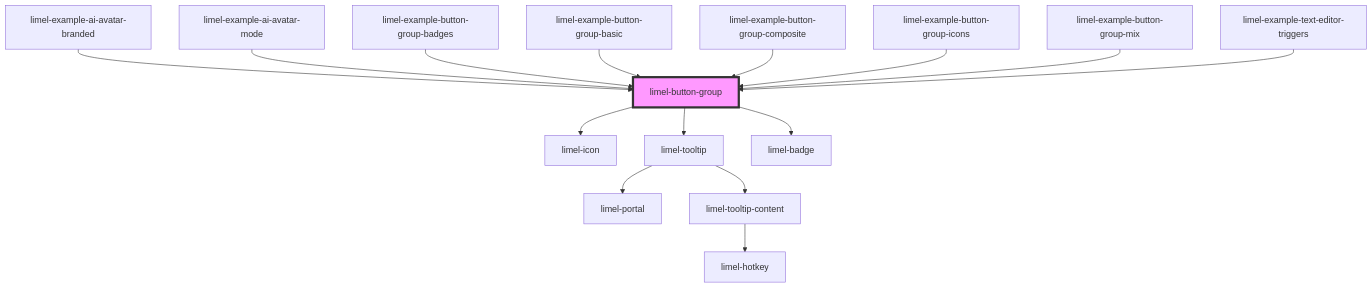
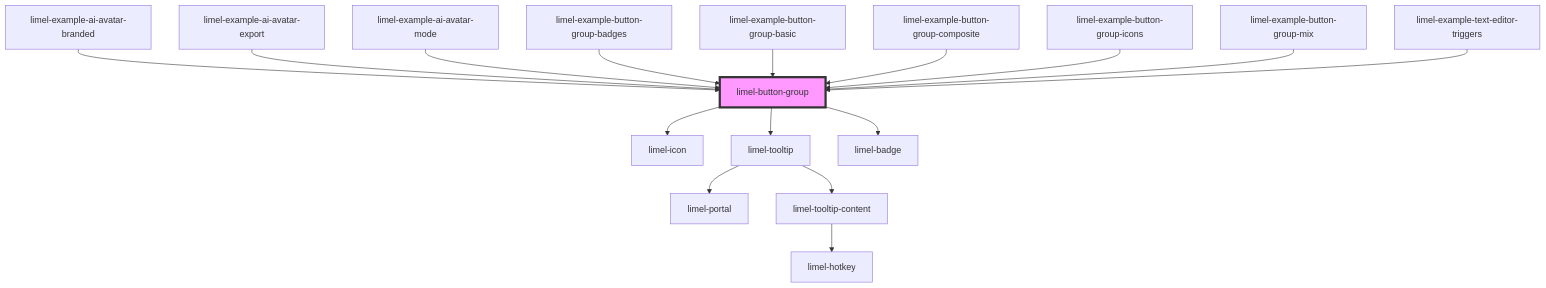
One commit to Lundalogik/lime-elements changed the diagram in versions/PR-4082/markdown-docs/components/button-group/readme.md. Above: the diagram before and after it, drawn with Mermaid. The commit also changed other lines of this file and 527 other files, not shown here.

````diff
--- a/versions/PR-4082/markdown-docs/components/button-group/readme.md
+++ b/versions/PR-4082/markdown-docs/components/button-group/readme.md
@@ -71,18 +72,19 @@
 ```mermaid
 graph TD;
   limel-button-group --> limel-icon
   limel-button-group --> limel-tooltip
   limel-button-group --> limel-badge
   limel-tooltip --> limel-portal
   limel-tooltip --> limel-tooltip-content
   limel-tooltip-content --> limel-hotkey
   limel-example-ai-avatar-branded --> limel-button-group
+  limel-example-ai-avatar-export --> limel-button-group
   limel-example-ai-avatar-mode --> limel-button-group
   limel-example-button-group-badges --> limel-button-group
   limel-example-button-group-basic --> limel-button-group
   limel-example-button-group-composite --> limel-button-group
   limel-example-button-group-icons --> limel-button-group
   limel-example-button-group-mix --> limel-button-group
   limel-example-text-editor-triggers --> limel-button-group
   style limel-button-group fill:#f9f,stroke:#333,stroke-width:4px
 ```
````
